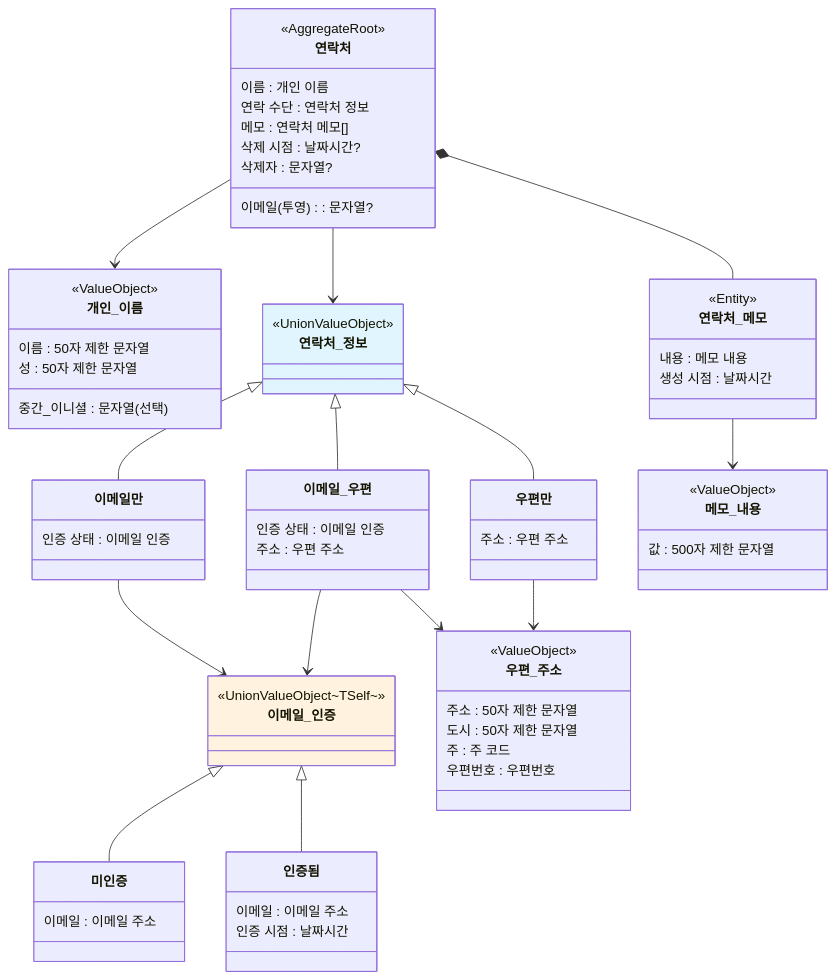
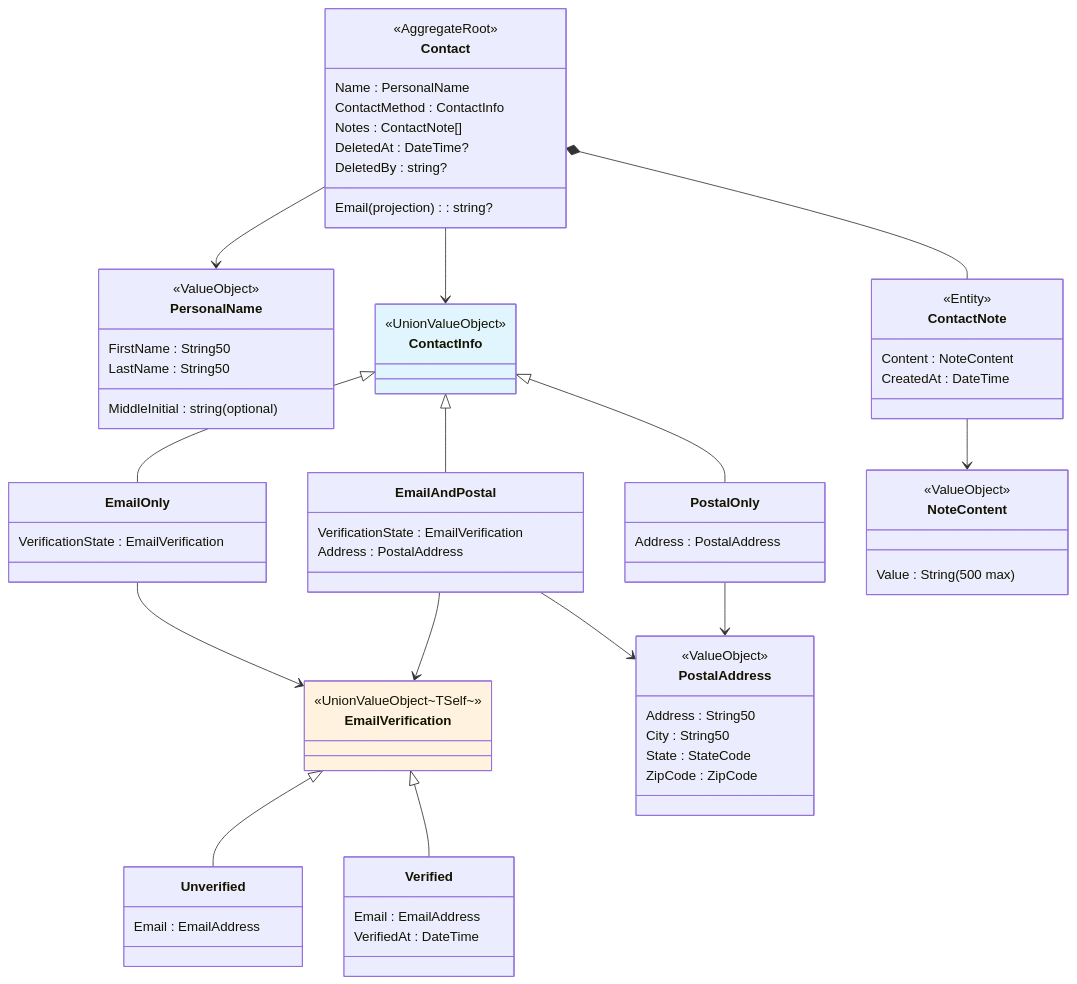
The second of 2 diagrams in Docs.Site/src/content/docs/samples/designing-with-types/domain/01-type-design-decisions.md (hhko/Functorium), drawn with Mermaid before and after one commit. The commit also changed other lines of this file and 11 other files, not shown here.

````diff
--- a/Docs.Site/src/content/docs/samples/designing-with-types/domain/01-type-design-decisions.md
+++ b/Docs.Site/src/content/docs/samples/designing-with-types/domain/01-type-design-decisions.md
@@ -195,64 +195,64 @@
 ```mermaid
 classDiagram
-    class Contact["연락처"] {
+    class Contact["Contact"] {
         <<AggregateRoot>>
-        이름 : 개인 이름
-        연락 수단 : 연락처 정보
-        이메일(투영) : 문자열?
-        메모 : 연락처 메모[]
-        삭제 시점 : 날짜시간?
-        삭제자 : 문자열?
+        Name : PersonalName
+        ContactMethod : ContactInfo
+        Email(projection) : string?
+        Notes : ContactNote[]
+        DeletedAt : DateTime?
+        DeletedBy : string?
     }
 
-    class PersonalName["개인_이름"] {
+    class PersonalName["PersonalName"] {
         <<ValueObject>>
-        이름 : 50자 제한 문자열
-        성 : 50자 제한 문자열
-        중간_이니셜 : 문자열(선택)
+        FirstName : String50
+        LastName : String50
+        MiddleInitial : string(optional)
     }
 
-    class ContactInfo["연락처_정보"] {
+    class ContactInfo["ContactInfo"] {
         <<UnionValueObject>>
     }
-    class EmailOnly["이메일만"] {
-        인증 상태 : 이메일 인증
+    class EmailOnly["EmailOnly"] {
+        VerificationState : EmailVerification
     }
-    class PostalOnly["우편만"] {
-        주소 : 우편 주소
+    class PostalOnly["PostalOnly"] {
+        Address : PostalAddress
     }
-    class EmailAndPostal["이메일_우편"] {
-        인증 상태 : 이메일 인증
-        주소 : 우편 주소
+    class EmailAndPostal["EmailAndPostal"] {
+        VerificationState : EmailVerification
+        Address : PostalAddress
     }
 
-    class EmailVerification["이메일_인증"] {
+    class EmailVerification["EmailVerification"] {
         <<UnionValueObject~TSelf~>>
     }
-    class Unverified["미인증"] {
-        이메일 : 이메일 주소
+    class Unverified["Unverified"] {
+        Email : EmailAddress
     }
-    class Verified["인증됨"] {
-        이메일 : 이메일 주소
-        인증 시점 : 날짜시간
+    class Verified["Verified"] {
+        Email : EmailAddress
+        VerifiedAt : DateTime
     }
 
-    class PostalAddress["우편_주소"] {
+    class PostalAddress["PostalAddress"] {
         <<ValueObject>>
-        주소 : 50자 제한 문자열
-        도시 : 50자 제한 문자열
-        주 : 주 코드
-        우편번호 : 우편번호
+        Address : String50
+        City : String50
+        State : StateCode
+        ZipCode : ZipCode
     }
 
-    class ContactNote["연락처_메모"] {
+    class ContactNote["ContactNote"] {
         <<Entity>>
-        내용 : 메모 내용
-        생성 시점 : 날짜시간
+        Content : NoteContent
+        CreatedAt : DateTime
     }
 
-    class NoteContent["메모_내용"] {
+    class NoteContent["NoteContent"] {
         <<ValueObject>>
-        값 : 500자 제한 문자열
+        Value : String(500 max)
     }
 
     Contact --> PersonalName
````
